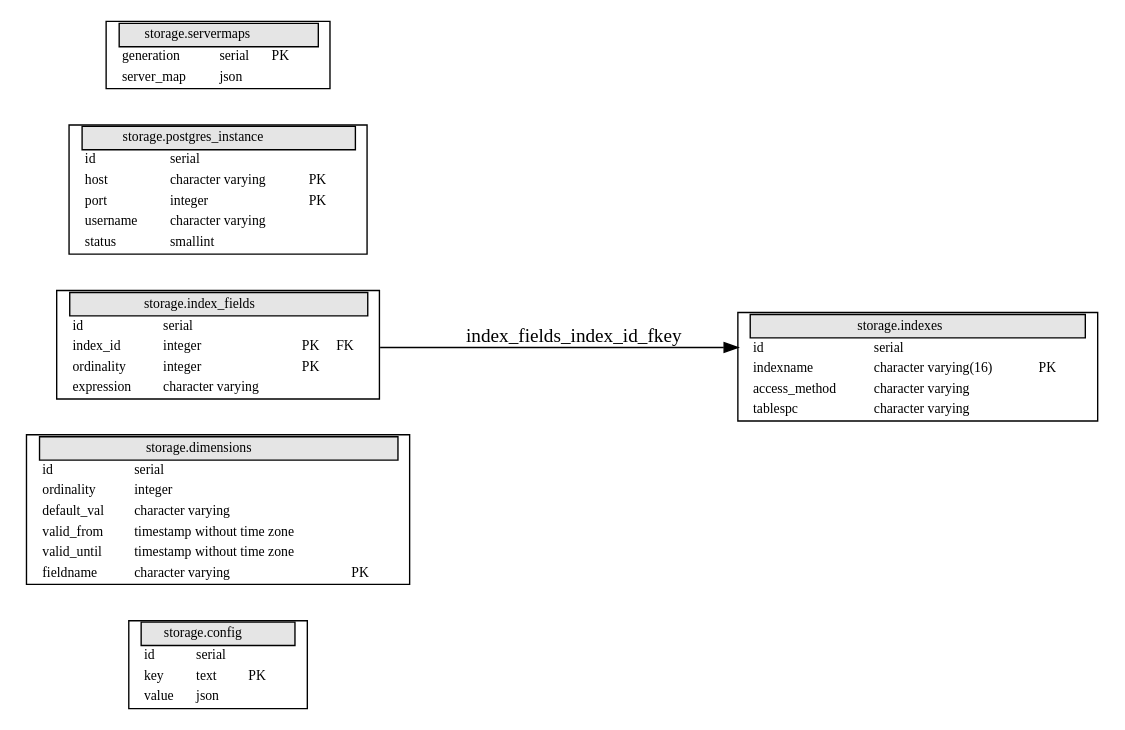
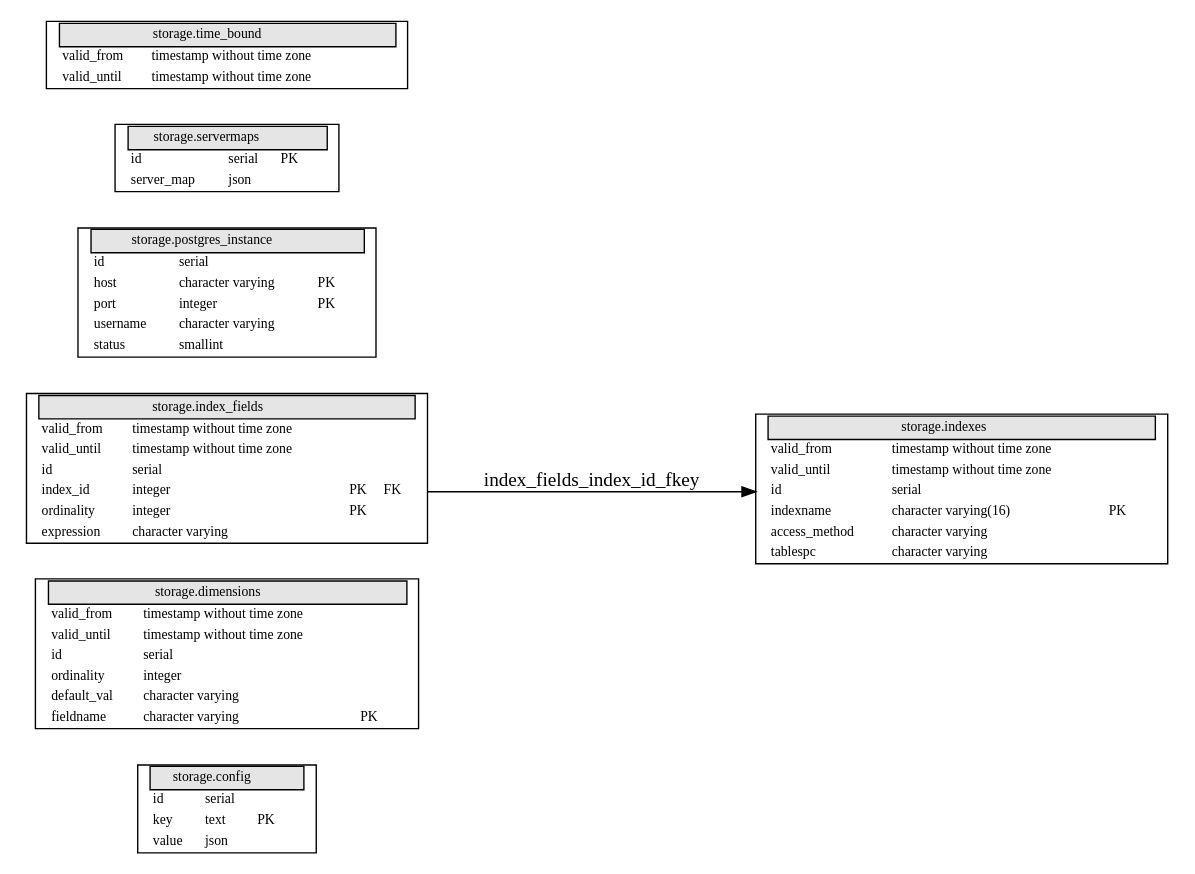
The diagram in docs/database/lenkwerk.dot (onemoredata/bagger), drawn with Graphviz before and after one commit. The commit also changed 6 other files, not shown here.

```diff
--- a/docs/database/lenkwerk.dot
+++ b/docs/database/lenkwerk.dot
@@ -1,29 +1,31 @@
 digraph g {
 graph [
 rankdir = "LR",
 concentrate = true,
 ratio = auto
 ];
 node [
 fontsize = "10",
 shape = record
 ];
 edge [
 ];
 
 "storage.config" [shape = plaintext, label = < <TABLE BORDER="1" CELLBORDER="0" CELLSPACING="0"> <TR ><TD PORT="ltcol0"> </TD> <TD bgcolor="grey90" border="1" COLSPAN="4"> \N </TD> <TD PORT="rtcol0"></TD></TR>  <TR><TD PORT="ltcol1" ></TD><TD align="left" > id </TD><TD align="left" > serial </TD><TD align="left" >  </TD><TD align="left" >  </TD><TD align="left" PORT="rtcol1"> </TD></TR> <TR><TD PORT="ltcol2" ></TD><TD align="left" > key </TD><TD align="left" > text </TD><TD align="left" > PK </TD><TD align="left" >  </TD><TD align="left" PORT="rtcol2"> </TD></TR> <TR><TD PORT="ltcol3" ></TD><TD align="left" > value </TD><TD align="left" > json </TD><TD align="left" >  </TD><TD align="left" >  </TD><TD align="left" PORT="rtcol3"> </TD></TR> </TABLE>> ];
 
-"storage.dimensions" [shape = plaintext, label = < <TABLE BORDER="1" CELLBORDER="0" CELLSPACING="0"> <TR ><TD PORT="ltcol0"> </TD> <TD bgcolor="grey90" border="1" COLSPAN="4"> \N </TD> <TD PORT="rtcol0"></TD></TR>  <TR><TD PORT="ltcol1" ></TD><TD align="left" > id </TD><TD align="left" > serial </TD><TD align="left" >  </TD><TD align="left" >  </TD><TD align="left" PORT="rtcol1"> </TD></TR> <TR><TD PORT="ltcol2" ></TD><TD align="left" > ordinality </TD><TD align="left" > integer </TD><TD align="left" >  </TD><TD align="left" >  </TD><TD align="left" PORT="rtcol2"> </TD></TR> <TR><TD PORT="ltcol3" ></TD><TD align="left" > default_val </TD><TD align="left" > character varying </TD><TD align="left" >  </TD><TD align="left" >  </TD><TD align="left" PORT="rtcol3"> </TD></TR> <TR><TD PORT="ltcol4" ></TD><TD align="left" > valid_from </TD><TD align="left" > timestamp without time zone </TD><TD align="left" >  </TD><TD align="left" >  </TD><TD align="left" PORT="rtcol4"> </TD></TR> <TR><TD PORT="ltcol5" ></TD><TD align="left" > valid_until </TD><TD align="left" > timestamp without time zone </TD><TD align="left" >  </TD><TD align="left" >  </TD><TD align="left" PORT="rtcol5"> </TD></TR> <TR><TD PORT="ltcol6" ></TD><TD align="left" > fieldname </TD><TD align="left" > character varying </TD><TD align="left" > PK </TD><TD align="left" >  </TD><TD align="left" PORT="rtcol6"> </TD></TR> </TABLE>> ];
+"storage.dimensions" [shape = plaintext, label = < <TABLE BORDER="1" CELLBORDER="0" CELLSPACING="0"> <TR ><TD PORT="ltcol0"> </TD> <TD bgcolor="grey90" border="1" COLSPAN="4"> \N </TD> <TD PORT="rtcol0"></TD></TR>  <TR><TD PORT="ltcol1" ></TD><TD align="left" > valid_from </TD><TD align="left" > timestamp without time zone </TD><TD align="left" >  </TD><TD align="left" >  </TD><TD align="left" PORT="rtcol1"> </TD></TR> <TR><TD PORT="ltcol2" ></TD><TD align="left" > valid_until </TD><TD align="left" > timestamp without time zone </TD><TD align="left" >  </TD><TD align="left" >  </TD><TD align="left" PORT="rtcol2"> </TD></TR> <TR><TD PORT="ltcol3" ></TD><TD align="left" > id </TD><TD align="left" > serial </TD><TD align="left" >  </TD><TD align="left" >  </TD><TD align="left" PORT="rtcol3"> </TD></TR> <TR><TD PORT="ltcol4" ></TD><TD align="left" > ordinality </TD><TD align="left" > integer </TD><TD align="left" >  </TD><TD align="left" >  </TD><TD align="left" PORT="rtcol4"> </TD></TR> <TR><TD PORT="ltcol5" ></TD><TD align="left" > default_val </TD><TD align="left" > character varying </TD><TD align="left" >  </TD><TD align="left" >  </TD><TD align="left" PORT="rtcol5"> </TD></TR> <TR><TD PORT="ltcol6" ></TD><TD align="left" > fieldname </TD><TD align="left" > character varying </TD><TD align="left" > PK </TD><TD align="left" >  </TD><TD align="left" PORT="rtcol6"> </TD></TR> </TABLE>> ];
 
-"storage.index_fields" [shape = plaintext, label = < <TABLE BORDER="1" CELLBORDER="0" CELLSPACING="0"> <TR ><TD PORT="ltcol0"> </TD> <TD bgcolor="grey90" border="1" COLSPAN="4"> \N </TD> <TD PORT="rtcol0"></TD></TR>  <TR><TD PORT="ltcol1" ></TD><TD align="left" > id </TD><TD align="left" > serial </TD><TD align="left" >  </TD><TD align="left" >  </TD><TD align="left" PORT="rtcol1"> </TD></TR> <TR><TD PORT="ltcol2" ></TD><TD align="left" > index_id </TD><TD align="left" > integer </TD><TD align="left" > PK </TD><TD align="left" > FK </TD><TD align="left" PORT="rtcol2"> </TD></TR> <TR><TD PORT="ltcol3" ></TD><TD align="left" > ordinality </TD><TD align="left" > integer </TD><TD align="left" > PK </TD><TD align="left" >  </TD><TD align="left" PORT="rtcol3"> </TD></TR> <TR><TD PORT="ltcol4" ></TD><TD align="left" > expression </TD><TD align="left" > character varying </TD><TD align="left" >  </TD><TD align="left" >  </TD><TD align="left" PORT="rtcol4"> </TD></TR> </TABLE>> ];
+"storage.index_fields" [shape = plaintext, label = < <TABLE BORDER="1" CELLBORDER="0" CELLSPACING="0"> <TR ><TD PORT="ltcol0"> </TD> <TD bgcolor="grey90" border="1" COLSPAN="4"> \N </TD> <TD PORT="rtcol0"></TD></TR>  <TR><TD PORT="ltcol1" ></TD><TD align="left" > valid_from </TD><TD align="left" > timestamp without time zone </TD><TD align="left" >  </TD><TD align="left" >  </TD><TD align="left" PORT="rtcol1"> </TD></TR> <TR><TD PORT="ltcol2" ></TD><TD align="left" > valid_until </TD><TD align="left" > timestamp without time zone </TD><TD align="left" >  </TD><TD align="left" >  </TD><TD align="left" PORT="rtcol2"> </TD></TR> <TR><TD PORT="ltcol3" ></TD><TD align="left" > id </TD><TD align="left" > serial </TD><TD align="left" >  </TD><TD align="left" >  </TD><TD align="left" PORT="rtcol3"> </TD></TR> <TR><TD PORT="ltcol4" ></TD><TD align="left" > index_id </TD><TD align="left" > integer </TD><TD align="left" > PK </TD><TD align="left" > FK </TD><TD align="left" PORT="rtcol4"> </TD></TR> <TR><TD PORT="ltcol5" ></TD><TD align="left" > ordinality </TD><TD align="left" > integer </TD><TD align="left" > PK </TD><TD align="left" >  </TD><TD align="left" PORT="rtcol5"> </TD></TR> <TR><TD PORT="ltcol6" ></TD><TD align="left" > expression </TD><TD align="left" > character varying </TD><TD align="left" >  </TD><TD align="left" >  </TD><TD align="left" PORT="rtcol6"> </TD></TR> </TABLE>> ];
 
-"storage.indexes" [shape = plaintext, label = < <TABLE BORDER="1" CELLBORDER="0" CELLSPACING="0"> <TR ><TD PORT="ltcol0"> </TD> <TD bgcolor="grey90" border="1" COLSPAN="4"> \N </TD> <TD PORT="rtcol0"></TD></TR>  <TR><TD PORT="ltcol1" ></TD><TD align="left" > id </TD><TD align="left" > serial </TD><TD align="left" >  </TD><TD align="left" >  </TD><TD align="left" PORT="rtcol1"> </TD></TR> <TR><TD PORT="ltcol2" ></TD><TD align="left" > indexname </TD><TD align="left" > character varying(16) </TD><TD align="left" > PK </TD><TD align="left" >  </TD><TD align="left" PORT="rtcol2"> </TD></TR> <TR><TD PORT="ltcol3" ></TD><TD align="left" > access_method </TD><TD align="left" > character varying </TD><TD align="left" >  </TD><TD align="left" >  </TD><TD align="left" PORT="rtcol3"> </TD></TR> <TR><TD PORT="ltcol4" ></TD><TD align="left" > tablespc </TD><TD align="left" > character varying </TD><TD align="left" >  </TD><TD align="left" >  </TD><TD align="left" PORT="rtcol4"> </TD></TR> </TABLE>> ];
+"storage.indexes" [shape = plaintext, label = < <TABLE BORDER="1" CELLBORDER="0" CELLSPACING="0"> <TR ><TD PORT="ltcol0"> </TD> <TD bgcolor="grey90" border="1" COLSPAN="4"> \N </TD> <TD PORT="rtcol0"></TD></TR>  <TR><TD PORT="ltcol1" ></TD><TD align="left" > valid_from </TD><TD align="left" > timestamp without time zone </TD><TD align="left" >  </TD><TD align="left" >  </TD><TD align="left" PORT="rtcol1"> </TD></TR> <TR><TD PORT="ltcol2" ></TD><TD align="left" > valid_until </TD><TD align="left" > timestamp without time zone </TD><TD align="left" >  </TD><TD align="left" >  </TD><TD align="left" PORT="rtcol2"> </TD></TR> <TR><TD PORT="ltcol3" ></TD><TD align="left" > id </TD><TD align="left" > serial </TD><TD align="left" >  </TD><TD align="left" >  </TD><TD align="left" PORT="rtcol3"> </TD></TR> <TR><TD PORT="ltcol4" ></TD><TD align="left" > indexname </TD><TD align="left" > character varying(16) </TD><TD align="left" > PK </TD><TD align="left" >  </TD><TD align="left" PORT="rtcol4"> </TD></TR> <TR><TD PORT="ltcol5" ></TD><TD align="left" > access_method </TD><TD align="left" > character varying </TD><TD align="left" >  </TD><TD align="left" >  </TD><TD align="left" PORT="rtcol5"> </TD></TR> <TR><TD PORT="ltcol6" ></TD><TD align="left" > tablespc </TD><TD align="left" > character varying </TD><TD align="left" >  </TD><TD align="left" >  </TD><TD align="left" PORT="rtcol6"> </TD></TR> </TABLE>> ];
 
 "storage.postgres_instance" [shape = plaintext, label = < <TABLE BORDER="1" CELLBORDER="0" CELLSPACING="0"> <TR ><TD PORT="ltcol0"> </TD> <TD bgcolor="grey90" border="1" COLSPAN="4"> \N </TD> <TD PORT="rtcol0"></TD></TR>  <TR><TD PORT="ltcol1" ></TD><TD align="left" > id </TD><TD align="left" > serial </TD><TD align="left" >  </TD><TD align="left" >  </TD><TD align="left" PORT="rtcol1"> </TD></TR> <TR><TD PORT="ltcol2" ></TD><TD align="left" > host </TD><TD align="left" > character varying </TD><TD align="left" > PK </TD><TD align="left" >  </TD><TD align="left" PORT="rtcol2"> </TD></TR> <TR><TD PORT="ltcol3" ></TD><TD align="left" > port </TD><TD align="left" > integer </TD><TD align="left" > PK </TD><TD align="left" >  </TD><TD align="left" PORT="rtcol3"> </TD></TR> <TR><TD PORT="ltcol4" ></TD><TD align="left" > username </TD><TD align="left" > character varying </TD><TD align="left" >  </TD><TD align="left" >  </TD><TD align="left" PORT="rtcol4"> </TD></TR> <TR><TD PORT="ltcol5" ></TD><TD align="left" > status </TD><TD align="left" > smallint </TD><TD align="left" >  </TD><TD align="left" >  </TD><TD align="left" PORT="rtcol5"> </TD></TR> </TABLE>> ];
 
-"storage.servermaps" [shape = plaintext, label = < <TABLE BORDER="1" CELLBORDER="0" CELLSPACING="0"> <TR ><TD PORT="ltcol0"> </TD> <TD bgcolor="grey90" border="1" COLSPAN="4"> \N </TD> <TD PORT="rtcol0"></TD></TR>  <TR><TD PORT="ltcol1" ></TD><TD align="left" > generation </TD><TD align="left" > serial </TD><TD align="left" > PK </TD><TD align="left" >  </TD><TD align="left" PORT="rtcol1"> </TD></TR> <TR><TD PORT="ltcol2" ></TD><TD align="left" > server_map </TD><TD align="left" > json </TD><TD align="left" >  </TD><TD align="left" >  </TD><TD align="left" PORT="rtcol2"> </TD></TR> </TABLE>> ];
+"storage.servermaps" [shape = plaintext, label = < <TABLE BORDER="1" CELLBORDER="0" CELLSPACING="0"> <TR ><TD PORT="ltcol0"> </TD> <TD bgcolor="grey90" border="1" COLSPAN="4"> \N </TD> <TD PORT="rtcol0"></TD></TR>  <TR><TD PORT="ltcol1" ></TD><TD align="left" > id </TD><TD align="left" > serial </TD><TD align="left" > PK </TD><TD align="left" >  </TD><TD align="left" PORT="rtcol1"> </TD></TR> <TR><TD PORT="ltcol2" ></TD><TD align="left" > server_map </TD><TD align="left" > json </TD><TD align="left" >  </TD><TD align="left" >  </TD><TD align="left" PORT="rtcol2"> </TD></TR> </TABLE>> ];
+
+"storage.time_bound" [shape = plaintext, label = < <TABLE BORDER="1" CELLBORDER="0" CELLSPACING="0"> <TR ><TD PORT="ltcol0"> </TD> <TD bgcolor="grey90" border="1" COLSPAN="4"> \N </TD> <TD PORT="rtcol0"></TD></TR>  <TR><TD PORT="ltcol1" ></TD><TD align="left" > valid_from </TD><TD align="left" > timestamp without time zone </TD><TD align="left" >  </TD><TD align="left" >  </TD><TD align="left" PORT="rtcol1"> </TD></TR> <TR><TD PORT="ltcol2" ></TD><TD align="left" > valid_until </TD><TD align="left" > timestamp without time zone </TD><TD align="left" >  </TD><TD align="left" >  </TD><TD align="left" PORT="rtcol2"> </TD></TR> </TABLE>> ];
 
 
 
-"storage.index_fields":rtcol2 -> "storage.indexes":ltcol1 [label="index_fields_index_id_fkey"];
+"storage.index_fields":rtcol4 -> "storage.indexes":ltcol3 [label="index_fields_index_id_fkey"];
 }
```
